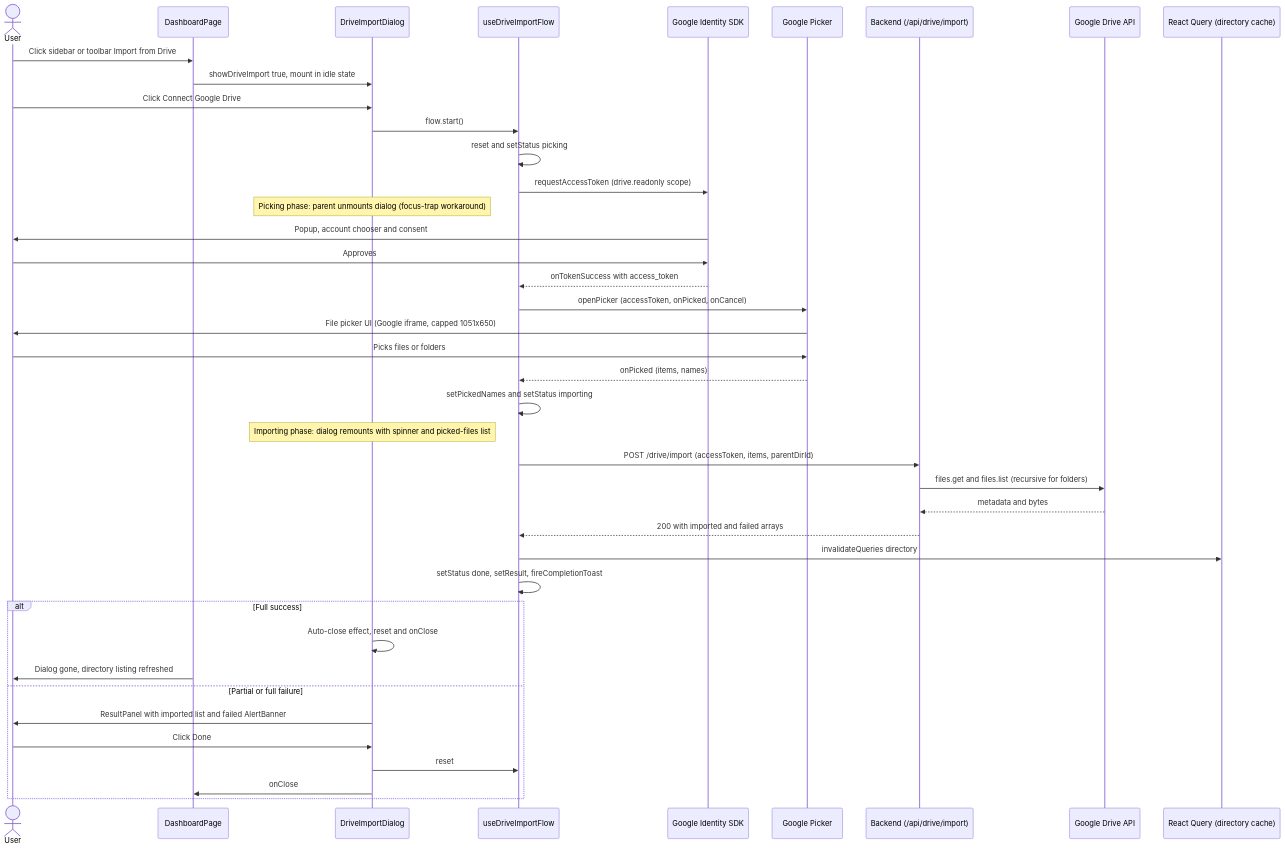
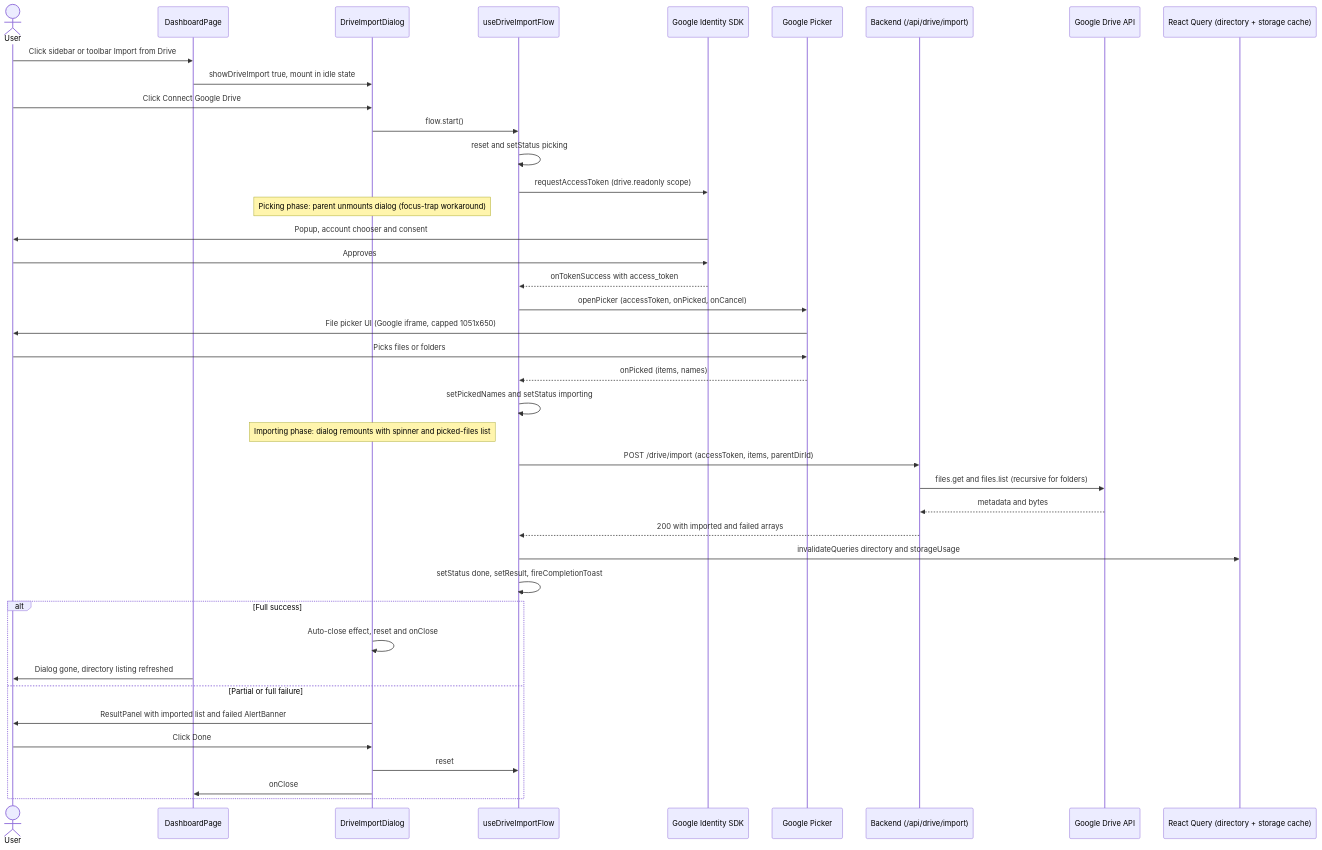
Before and after one commit to SrjAdhikari/TroveCloud-Frontend: the diagram in docs/drive-import-flow.md, drawn with Mermaid. The commit also changed other lines of this file, not shown here.

First line of the commit message:
docs(docs): record storageUsage invalidation in the drive import flow

````diff
--- a/docs/drive-import-flow.md
+++ b/docs/drive-import-flow.md
@@ -87,51 +87,51 @@
 ```mermaid
 sequenceDiagram
     actor U as User
     participant D as DashboardPage
     participant Dlg as DriveImportDialog
     participant H as useDriveImportFlow
     participant GIS as Google Identity SDK
     participant P as Google Picker
     participant API as Backend (/api/drive/import)
     participant Drive as Google Drive API
-    participant RQ as React Query (directory cache)
+    participant RQ as React Query (directory + storage cache)
 
     U->>D: Click sidebar or toolbar Import from Drive
     D->>Dlg: showDriveImport true, mount in idle state
     U->>Dlg: Click Connect Google Drive
     Dlg->>H: flow.start()
     H->>H: reset and setStatus picking
     H->>GIS: requestAccessToken (drive.readonly scope)
 
     Note over Dlg: Picking phase: parent unmounts dialog (focus-trap workaround)
 
     GIS->>U: Popup, account chooser and consent
     U->>GIS: Approves
     GIS-->>H: onTokenSuccess with access_token
 
     H->>P: openPicker (accessToken, onPicked, onCancel)
     P->>U: File picker UI (Google iframe, capped 1051x650)
     U->>P: Picks files or folders
     P-->>H: onPicked (items, names)
     H->>H: setPickedNames and setStatus importing
 
     Note over Dlg: Importing phase: dialog remounts with spinner and picked-files list
 
     H->>API: POST /drive/import (accessToken, items, parentDirId)
     API->>Drive: files.get and files.list (recursive for folders)
     Drive-->>API: metadata and bytes
     API-->>H: 200 with imported and failed arrays
 
-    H->>RQ: invalidateQueries directory
+    H->>RQ: invalidateQueries directory and storageUsage
     H->>H: setStatus done, setResult, fireCompletionToast
 
     alt Full success
         Dlg->>Dlg: Auto-close effect, reset and onClose
         D->>U: Dialog gone, directory listing refreshed
     else Partial or full failure
         Dlg->>U: ResultPanel with imported list and failed AlertBanner
         U->>Dlg: Click Done
         Dlg->>H: reset
         Dlg->>D: onClose
     end
 ```
````
